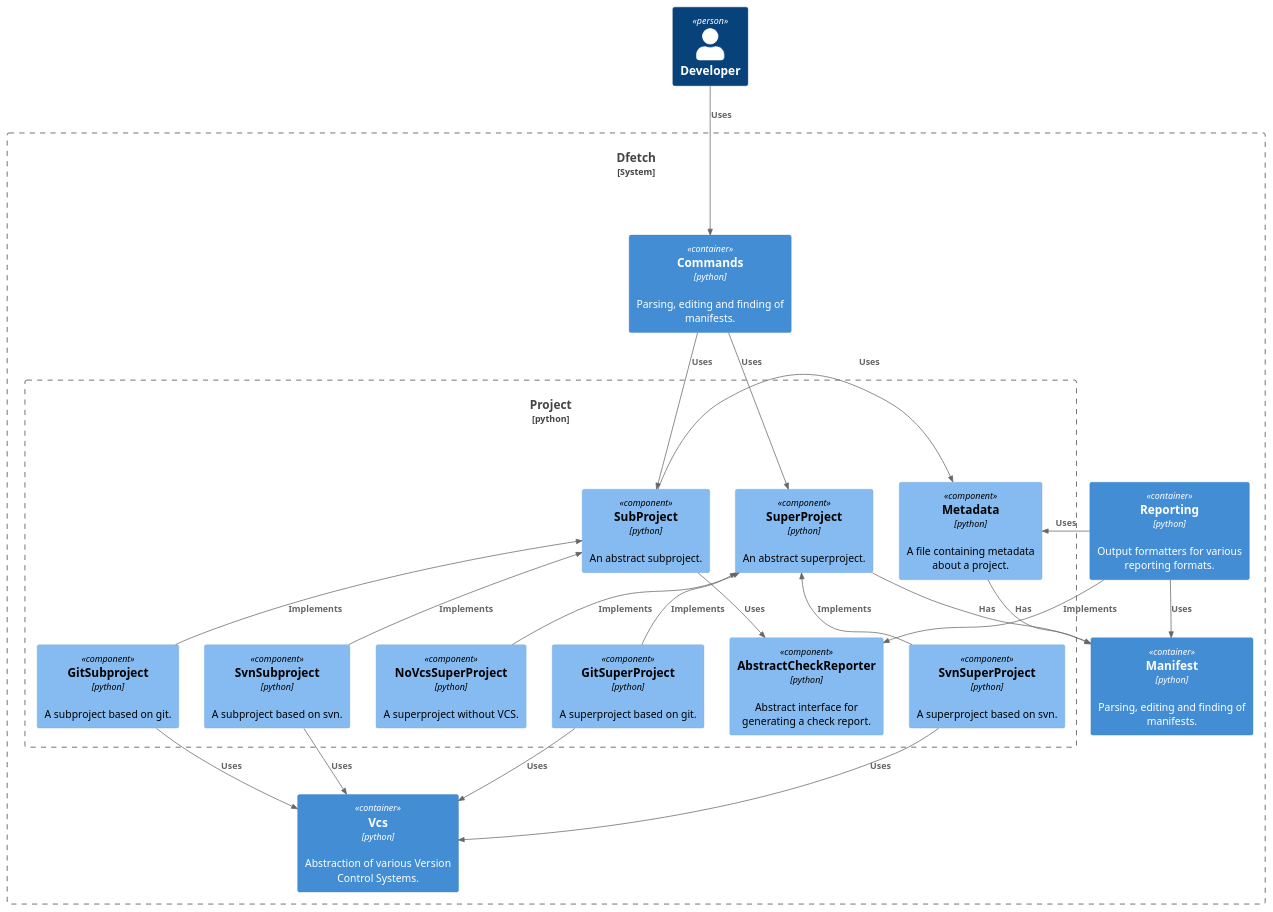
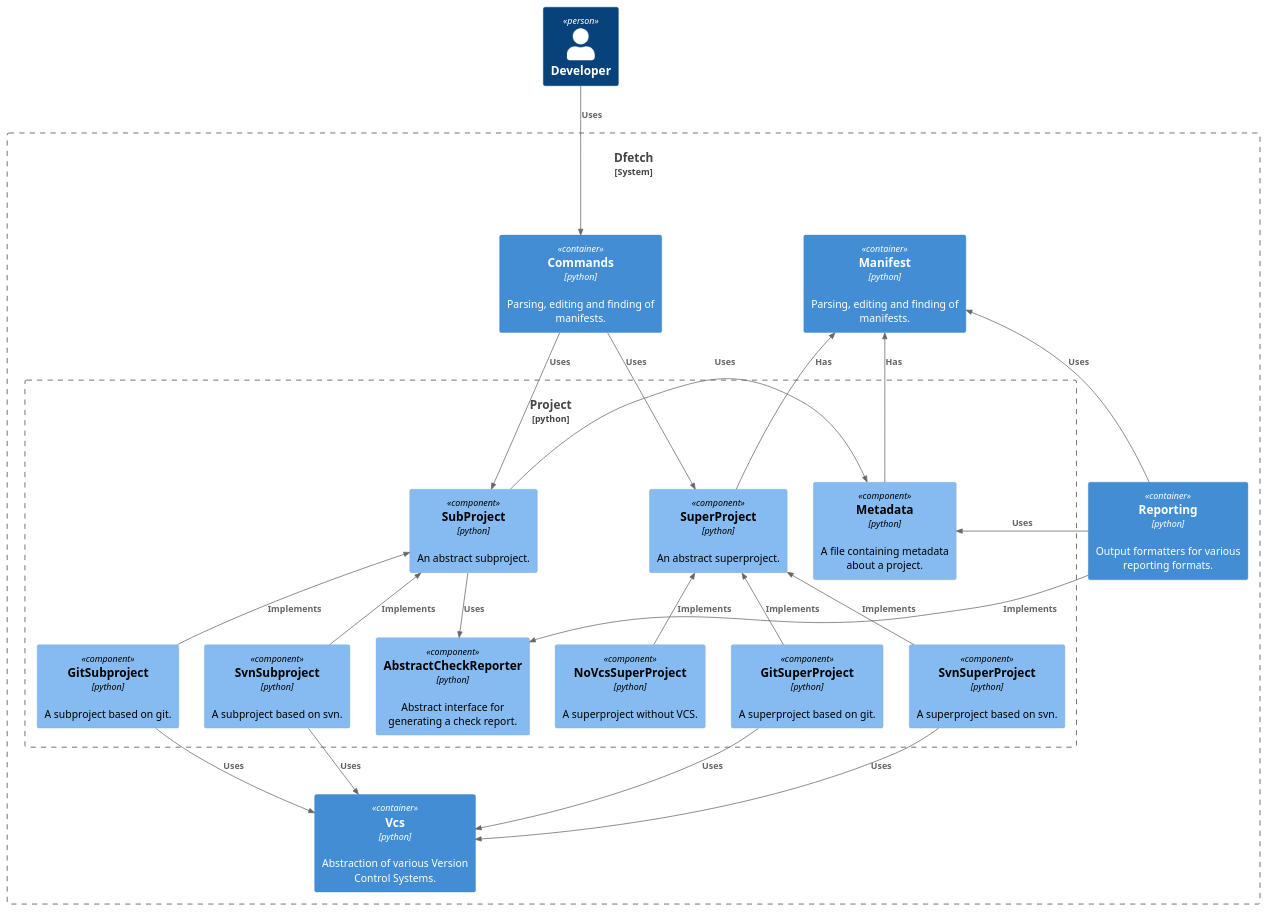
One commit to dfetch-org/dfetch changed the diagram in doc/static/uml/c3_dfetch_components_project.puml. Above: the diagram before and after it, drawn with PlantUML.

Commit message:
Cleanup diagram.

```diff
--- a/doc/static/uml/c3_dfetch_components_project.puml
+++ b/doc/static/uml/c3_dfetch_components_project.puml
@@ -1,52 +1,52 @@
 @startuml
 
 !include https://raw.githubusercontent.com/plantuml-stdlib/C4-PlantUML/master/C4_Component.puml
 
 Person(user, "Developer")
 
 System_Boundary(DFetch, "Dfetch") {
 
     Container(contCommands, "Commands", "python", "Parsing, editing and finding of manifests.")
 
     Container(contManifest, "Manifest", "python", "Parsing, editing and finding of manifests.")
     Boundary(DfetchProject, "Project", "python", "Main project that has a manifest.") {
 
         Component(compAbstractCheckReporter, "AbstractCheckReporter", "python", "Abstract interface for generating a check report.")
         Component(compGitSub, "GitSubproject", "python", "A subproject based on git.")
         Component(compMetadata, "Metadata", "python", "A file containing metadata about a project.")
         Component(compSvnSub, "SvnSubproject", "python", "A subproject based on svn.")
         Component(compSubProject, "SubProject", "python", "An abstract subproject.")
         Component(compSuperProject, "SuperProject", "python", "An abstract superproject.")
         Component(compGitSuper, "GitSuperProject", "python", "A superproject based on git.")
         Component(compSvnSuper, "SvnSuperProject", "python", "A superproject based on svn.")
         Component(compNoVcsSuper, "NoVcsSuperProject", "python", "A superproject without VCS.")
 
         Rel_U(compGitSub, compSubProject, "Implements")
         Rel_U(compSvnSub, compSubProject, "Implements")
         Rel(compSubProject, compAbstractCheckReporter, "Uses")
         Rel_L(compSubProject, compMetadata, "Uses")
 
         Rel_U(compGitSuper, compSuperProject, "Implements")
         Rel_U(compSvnSuper, compSuperProject, "Implements")
         Rel_U(compNoVcsSuper, compSuperProject, "Implements")
     }
 
     Container(contVcs, "Vcs", "python", "Abstraction of various Version Control Systems.")
     Container(contReporting, "Reporting", "python", "Output formatters for various reporting formats.")
 
     Rel(contCommands, compSuperProject, "Uses")
     Rel(contCommands, compSubProject, "Uses")
     Rel(contReporting, compAbstractCheckReporter, "Implements")
     Rel_R(contReporting, compMetadata, "Uses")
-    Rel_R(compMetadata, contManifest, "Has")
+    Rel_U(compMetadata, contManifest, "Has")
     Rel(compSuperProject, contManifest, "Has")
-    Rel(contReporting, contManifest, "Uses")
+    Rel_U(contReporting, contManifest, "Uses")
     Rel(compGitSub, contVcs, "Uses")
     Rel(compSvnSub, contVcs, "Uses")
     Rel(compGitSuper, contVcs, "Uses")
     Rel(compSvnSuper, contVcs, "Uses")
 }
 
 Rel(user, contCommands, "Uses")
 
 @enduml
```
